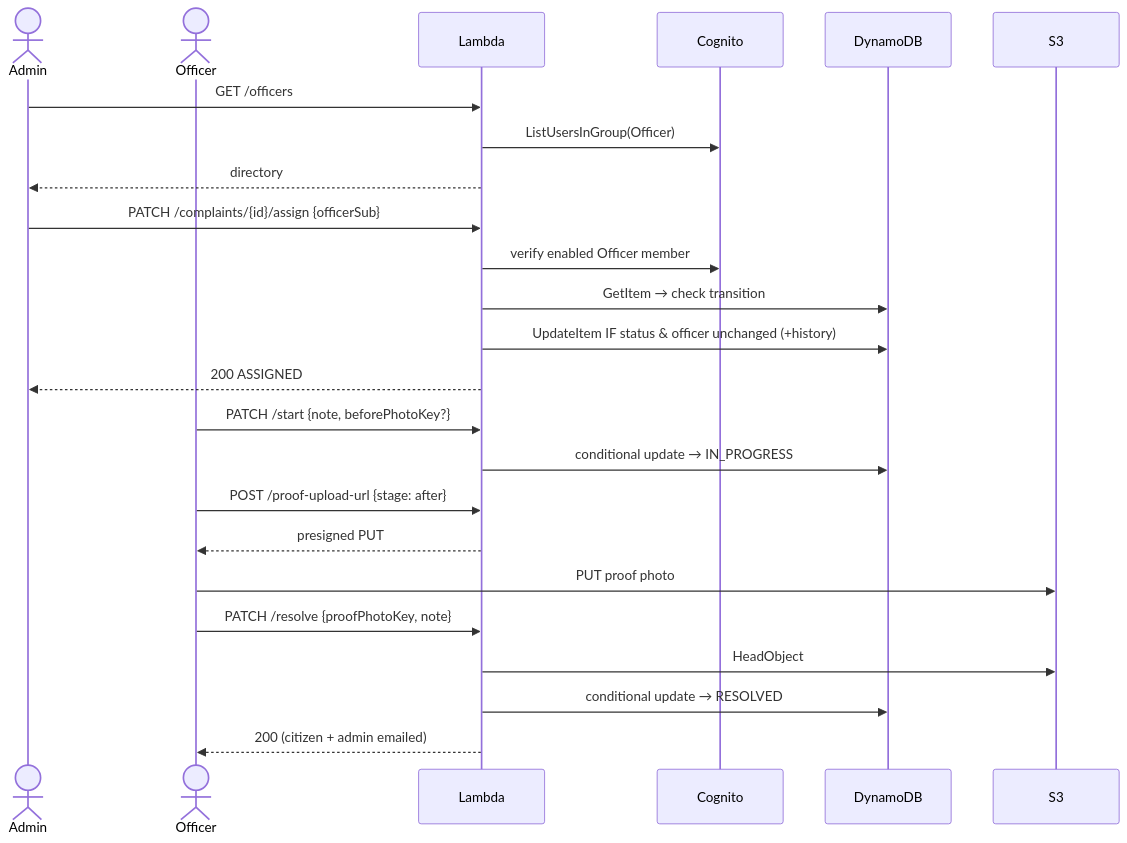
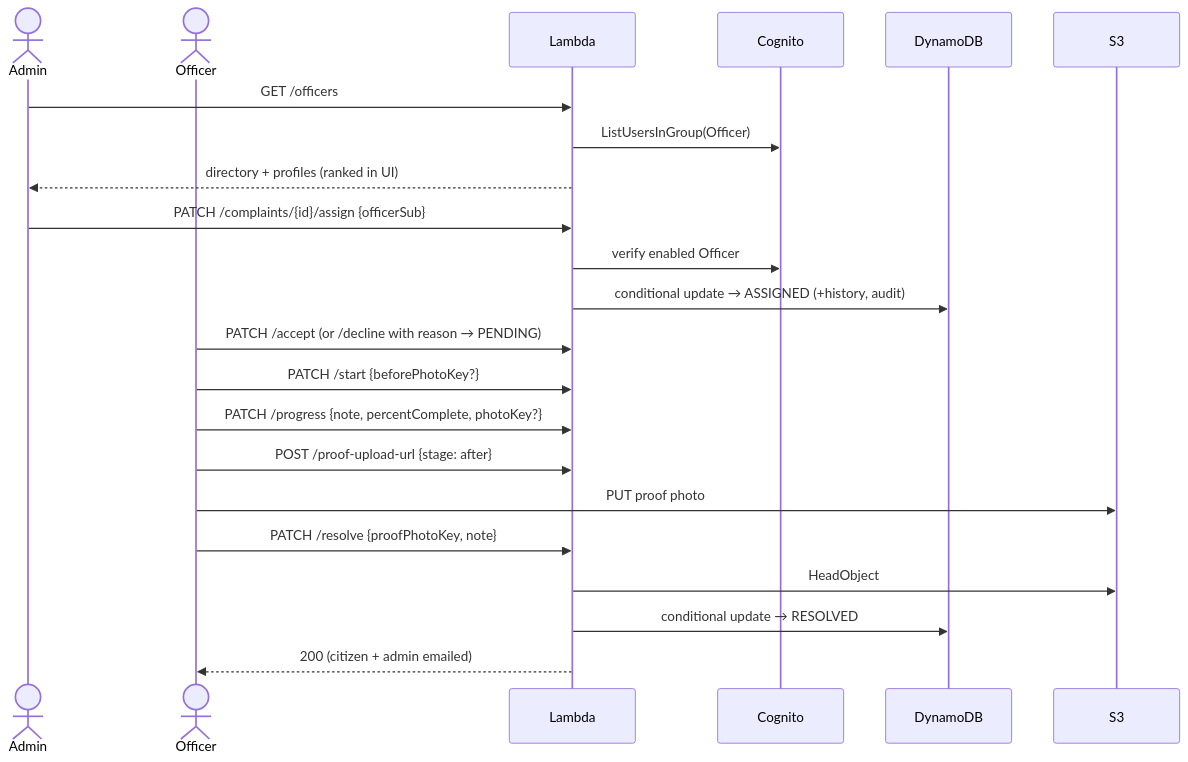
Before and after one commit to Yashwin2318/CivicTrack: the fourth of 10 diagrams in docs/UML_DIAGRAMS.md, drawn with Mermaid. The commit also changed other lines of this file and 58 other files, not shown here.

````diff
--- a/docs/UML_DIAGRAMS.md
+++ b/docs/UML_DIAGRAMS.md
@@ -156,26 +211,24 @@
 ```mermaid
 sequenceDiagram
   actor A as Admin
   actor O as Officer
   participant L as Lambda
   participant COG as Cognito
   participant DB as DynamoDB
   participant S3
   A->>L: GET /officers
   L->>COG: ListUsersInGroup(Officer)
-  L-->>A: directory
+  L-->>A: directory + profiles (ranked in UI)
   A->>L: PATCH /complaints/{id}/assign {officerSub}
-  L->>COG: verify enabled Officer member
-  L->>DB: GetItem → check transition
-  L->>DB: UpdateItem IF status & officer unchanged (+history)
-  L-->>A: 200 ASSIGNED
-  O->>L: PATCH /start {note, beforePhotoKey?}
-  L->>DB: conditional update → IN_PROGRESS
+  L->>COG: verify enabled Officer
+  L->>DB: conditional update → ASSIGNED (+history, audit)
+  O->>L: PATCH /accept (or /decline with reason → PENDING)
+  O->>L: PATCH /start {beforePhotoKey?}
+  O->>L: PATCH /progress {note, percentComplete, photoKey?}
   O->>L: POST /proof-upload-url {stage: after}
-  L-->>O: presigned PUT
   O->>S3: PUT proof photo
   O->>L: PATCH /resolve {proofPhotoKey, note}
   L->>S3: HeadObject
   L->>DB: conditional update → RESOLVED
   L-->>O: 200 (citizen + admin emailed)
 ```
````
